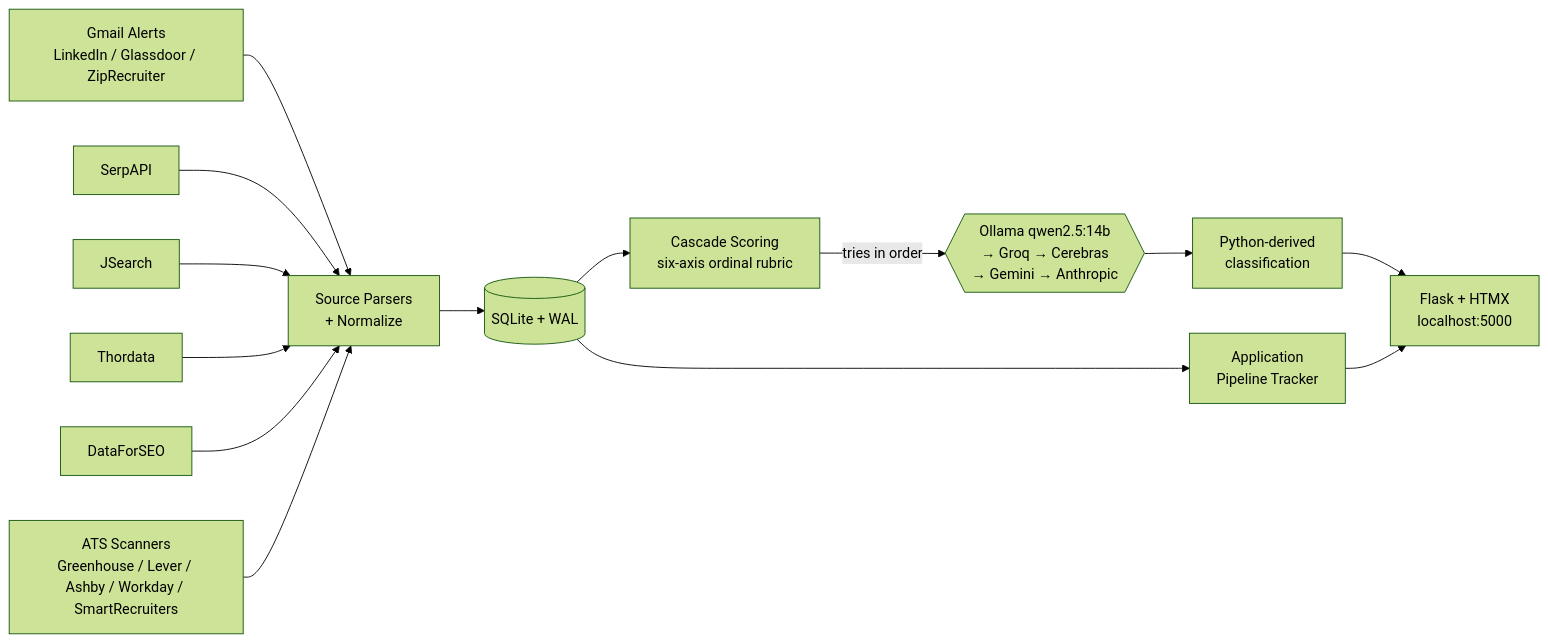
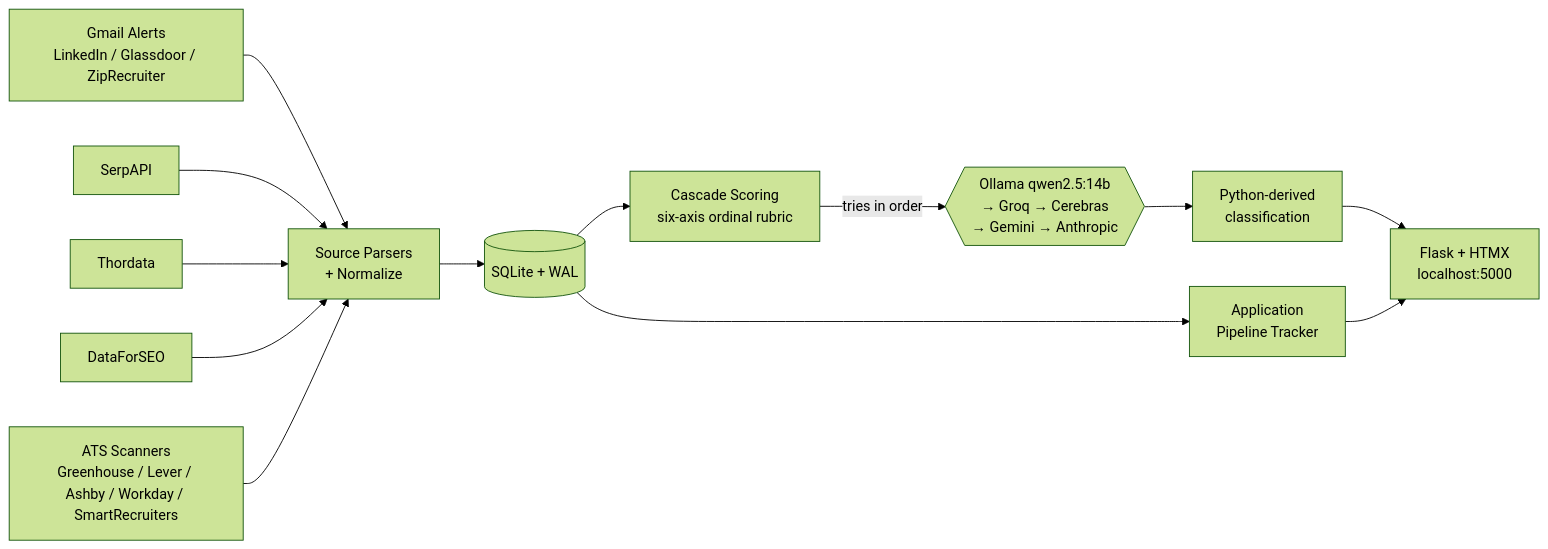
The diagram in README.md (Senkichi/job-cannon), drawn with Mermaid (forest theme) before and after one commit. The commit also changed other lines of this file and 12 other files, not shown here.

````diff
--- a/README.md
+++ b/README.md
@@ -81,16 +81,15 @@
 ```mermaid
 flowchart LR
   Gmail[Gmail Alerts<br/>LinkedIn / Glassdoor / ZipRecruiter] --> Parser
   SerpAPI --> Parser
-  JSearch --> Parser
   Thordata --> Parser
   DataForSEO --> Parser
   ATS[ATS Scanners<br/>Greenhouse / Lever / Ashby / Workday / SmartRecruiters] --> Parser
   Parser[Source Parsers<br/>+ Normalize] --> DB[(SQLite + WAL)]
   DB --> Score[Cascade Scoring<br/>six-axis ordinal rubric]
   Score -->|tries in order| Cascade{{Ollama qwen2.5:14b<br/>→ Groq → Cerebras<br/>→ Gemini → Anthropic}}
   Cascade --> Classify[Python-derived<br/>classification]
   Classify --> Dashboard[Flask + HTMX<br/>localhost:5000]
   DB --> Pipeline[Application<br/>Pipeline Tracker]
   Pipeline --> Dashboard
 ```
````
